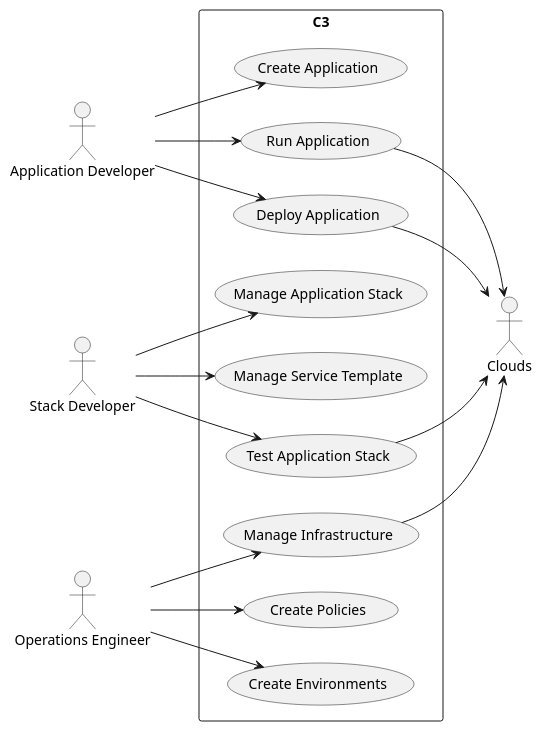
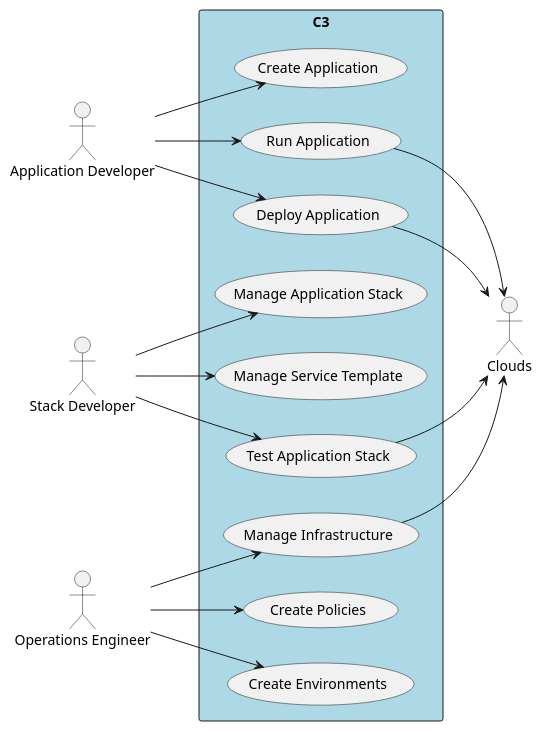
The diagram in docs/UseCases/UseCases.puml (CAADE/C3), drawn with PlantUML before and after one commit. The commit also changed 252 other files, not shown here.

```diff
--- a/docs/UseCases/UseCases.puml
+++ b/docs/UseCases/UseCases.puml
@@ -1,28 +1,28 @@
 @startuml
 
 left to right direction
 
 :Application Developer: as Dev
 :Stack Developer: as SDev
 :Operations Engineer: as Ops
 :Clouds: as Cloud
 
-rectangle "C3" {
+rectangle "C3" #lightblue {
     Dev --> (Create Application)
     Dev --> (Run Application)
     Dev --> (Deploy Application)
     SDev --> (Manage Application Stack)
     SDev --> (Manage Service Template)
     SDev --> (Test Application Stack)
     Ops --> (Manage Infrastructure)
     Ops --> (Create Policies)
     Ops --> (Create Environments)
 
     (Run Application) --> Cloud
     (Deploy Application) --> Cloud
     (Manage Infrastructure) --> Cloud
     (Test Application Stack) --> Cloud
 }
 
 
 @endum
```
